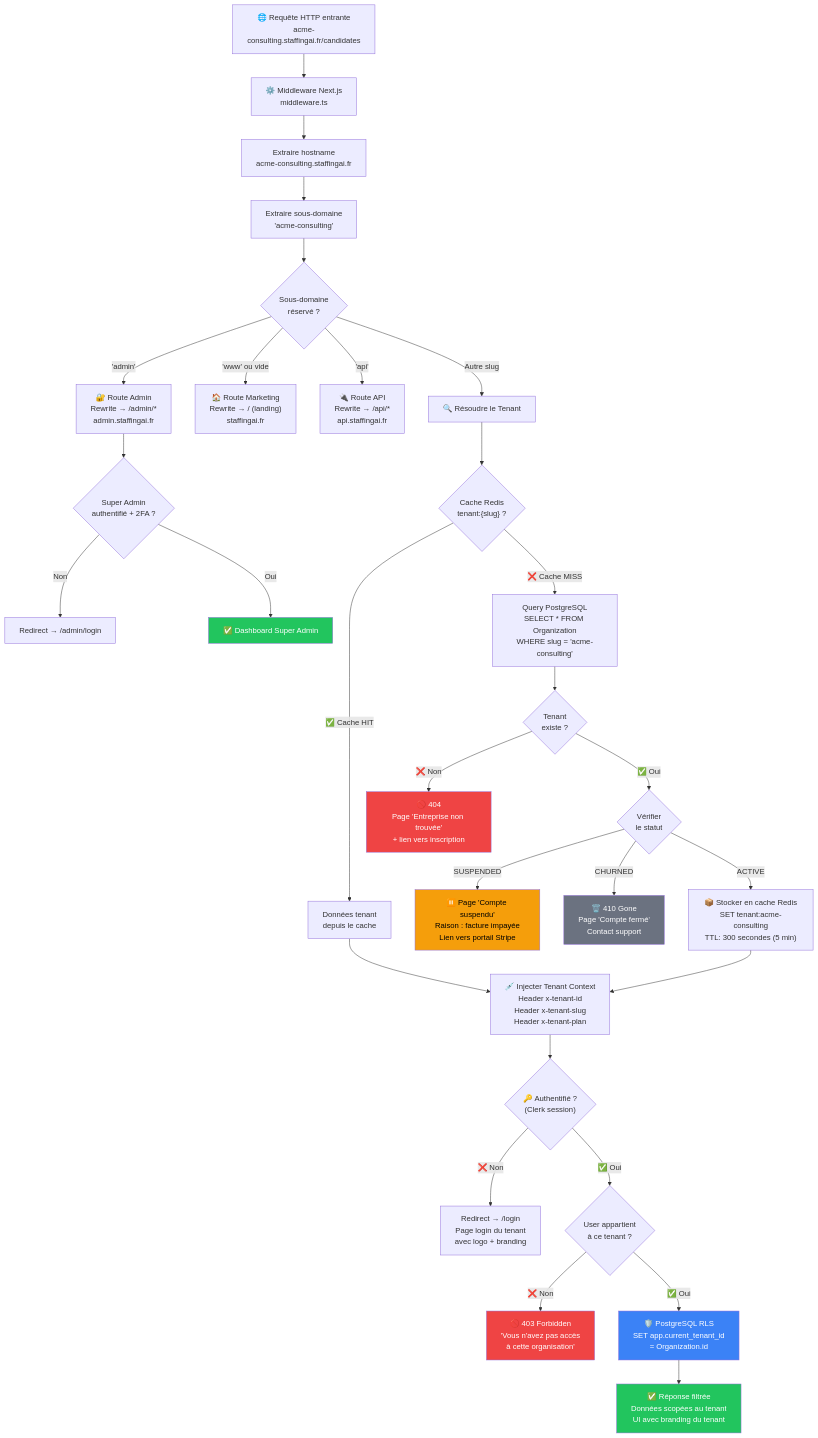
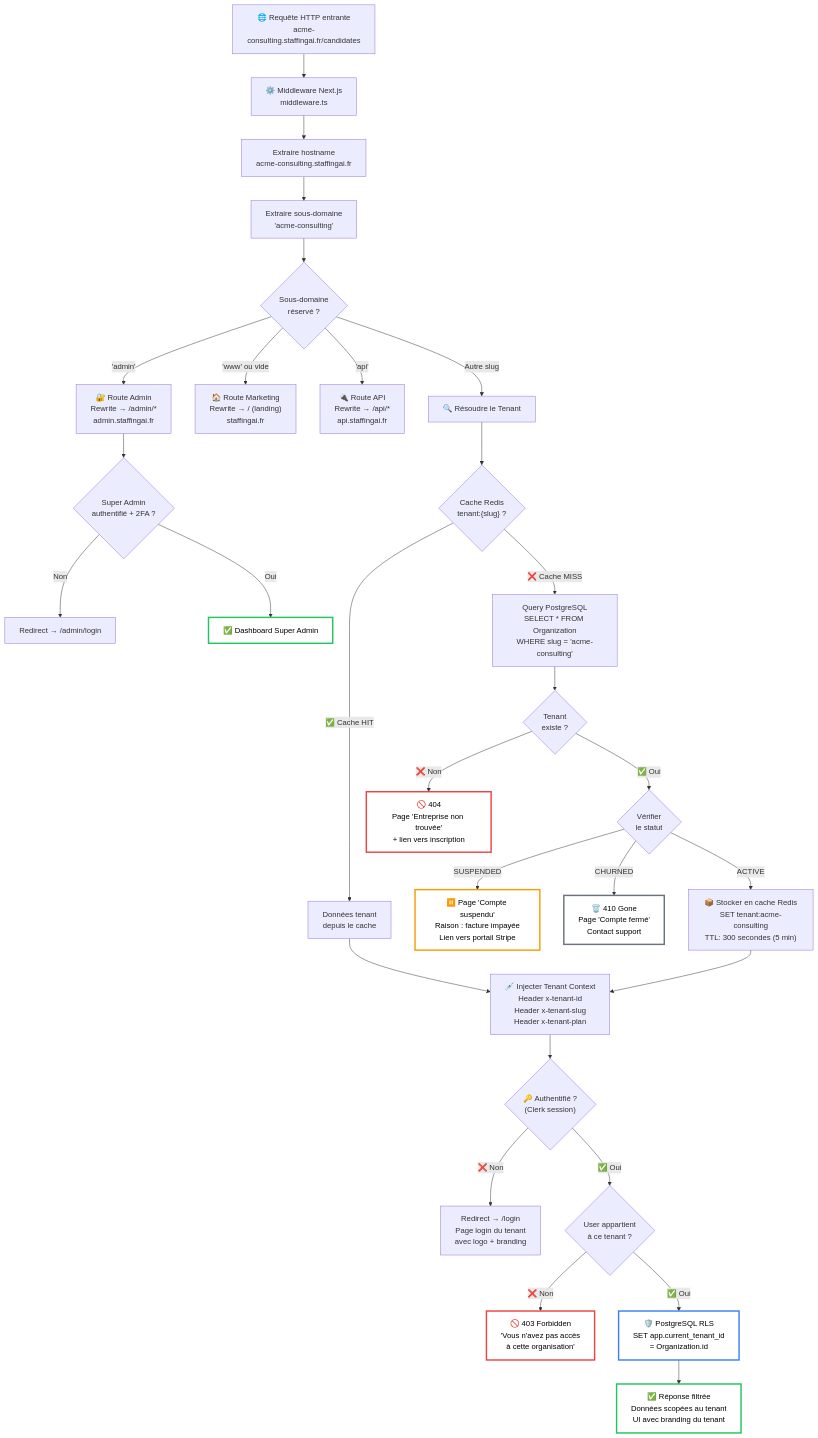
One commit to MisterRaymond/staffing-ai-architecture changed the diagram in docs/diagrams/flows/multi-tenant-resolution.md. Above: the diagram before and after it, drawn with Mermaid. The commit also changed 2 other files, not shown here.

Commit message:
fix: couleurs diagrammes — fonds transparents, texte lisible
- staffing-teams.md : fonds transparents, bordures colorées, texte noir
- ai-pipeline.md : fonds transparents, bordures épaisses colorées
- multi-tenant-resolution.md : fonds transparents, bordures status

Les viviers ont des bordures en pointillés pour se distinguer des pôles.

````diff
--- a/docs/diagrams/flows/multi-tenant-resolution.md
+++ b/docs/diagrams/flows/multi-tenant-resolution.md
@@ -3,53 +3,53 @@
 ```mermaid
 graph TB
     REQ["🌐 Requête HTTP entrante<br/>acme-consulting.staffingai.fr/candidates"]
 
     REQ --> MW["⚙️ Middleware Next.js<br/>middleware.ts"]
     MW --> EXTRACT["Extraire hostname<br/>acme-consulting.staffingai.fr"]
     EXTRACT --> SPLIT["Extraire sous-domaine<br/>'acme-consulting'"]
 
     SPLIT --> CHECK{"Sous-domaine<br/>réservé ?"}
 
     CHECK -->|"'admin'"| ADMIN_ROUTE["🔐 Route Admin<br/>Rewrite → /admin/*<br/>admin.staffingai.fr"]
     CHECK -->|"'www' ou vide"| MARKETING["🏠 Route Marketing<br/>Rewrite → / (landing)<br/>staffingai.fr"]
     CHECK -->|"'api'"| API_ROUTE["🔌 Route API<br/>Rewrite → /api/*<br/>api.staffingai.fr"]
     CHECK -->|"Autre slug"| TENANT_RESOLVE["🔍 Résoudre le Tenant"]
 
     TENANT_RESOLVE --> CACHE{"Cache Redis<br/>tenant:{slug} ?"}
     
     CACHE -->|"✅ Cache HIT"| CACHE_DATA["Données tenant<br/>depuis le cache"]
     CACHE -->|"❌ Cache MISS"| DB_LOOKUP["Query PostgreSQL<br/>SELECT * FROM Organization<br/>WHERE slug = 'acme-consulting'"]
 
     DB_LOOKUP --> EXISTS{"Tenant<br/>existe ?"}
     EXISTS -->|"❌ Non"| NOT_FOUND["🚫 404<br/>Page 'Entreprise non trouvée'<br/>+ lien vers inscription"]
     EXISTS -->|"✅ Oui"| CHECK_STATUS{"Vérifier<br/>le statut"}
 
     CHECK_STATUS -->|"SUSPENDED"| SUSPENDED["⏸️ Page 'Compte suspendu'<br/>Raison : facture impayée<br/>Lien vers portail Stripe"]
     CHECK_STATUS -->|"CHURNED"| GONE["🗑️ 410 Gone<br/>Page 'Compte fermé'<br/>Contact support"]
     CHECK_STATUS -->|"ACTIVE"| CACHE_SET["📦 Stocker en cache Redis<br/>SET tenant:acme-consulting<br/>TTL: 300 secondes (5 min)"]
 
     CACHE_SET --> INJECT
     CACHE_DATA --> INJECT["💉 Injecter Tenant Context<br/>Header x-tenant-id<br/>Header x-tenant-slug<br/>Header x-tenant-plan"]
 
     INJECT --> AUTH{"🔑 Authentifié ?<br/>(Clerk session)"}
 
     AUTH -->|"❌ Non"| LOGIN["Redirect → /login<br/>Page login du tenant<br/>avec logo + branding"]
     AUTH -->|"✅ Oui"| VERIFY_MEMBERSHIP{"User appartient<br/>à ce tenant ?"}
 
     VERIFY_MEMBERSHIP -->|"❌ Non"| FORBIDDEN["🚫 403 Forbidden<br/>'Vous n'avez pas accès<br/>à cette organisation'"]
     VERIFY_MEMBERSHIP -->|"✅ Oui"| RLS["🛡️ PostgreSQL RLS<br/>SET app.current_tenant_id<br/>= Organization.id"]
 
     RLS --> RESPONSE["✅ Réponse filtrée<br/>Données scopées au tenant<br/>UI avec branding du tenant"]
 
     ADMIN_ROUTE --> ADMIN_AUTH{"Super Admin<br/>authentifié + 2FA ?"}
     ADMIN_AUTH -->|"Non"| ADMIN_LOGIN["Redirect → /admin/login"]
     ADMIN_AUTH -->|"Oui"| ADMIN_OK["✅ Dashboard Super Admin"]
 
-    style NOT_FOUND fill:#ef4444,color:#fff
-    style SUSPENDED fill:#f59e0b,color:#000
-    style GONE fill:#6b7280,color:#fff
-    style FORBIDDEN fill:#ef4444,color:#fff
-    style RESPONSE fill:#22c55e,color:#fff
-    style ADMIN_OK fill:#22c55e,color:#fff
-    style RLS fill:#3b82f6,color:#fff
+    style NOT_FOUND fill:transparent,stroke:#ef4444,stroke-width:3px,color:#000
+    style SUSPENDED fill:transparent,stroke:#f59e0b,stroke-width:3px,color:#000
+    style GONE fill:transparent,stroke:#6b7280,stroke-width:3px,color:#000
+    style FORBIDDEN fill:transparent,stroke:#ef4444,stroke-width:3px,color:#000
+    style RESPONSE fill:transparent,stroke:#22c55e,stroke-width:3px,color:#000
+    style ADMIN_OK fill:transparent,stroke:#22c55e,stroke-width:3px,color:#000
+    style RLS fill:transparent,stroke:#3b82f6,stroke-width:3px,color:#000
 ```
````
